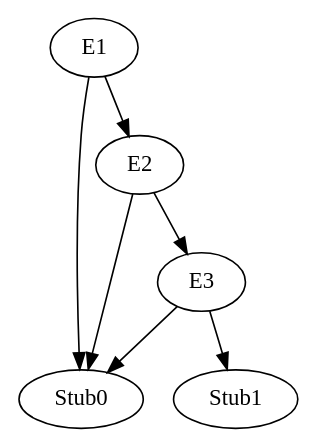
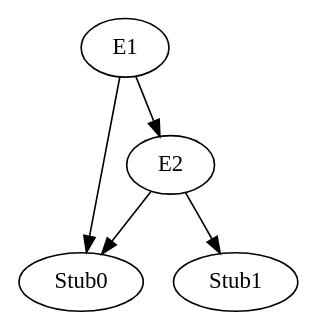
Before and after one commit to Logggee/BetriebssicherheitPraktikum: the diagram in Aufgabe3/result2.gv, drawn with Graphviz. The commit also changed 2 other files, not shown here.

```diff
--- a/Aufgabe3/result2.gv
+++ b/Aufgabe3/result2.gv
@@ -1,9 +1,7 @@
 digraph "Graph" {
 	graph [splines=spline]
 	E1 -> Stub0
 	E1 -> E2
 	E2 -> Stub0
-	E2 -> E3
-	E3 -> Stub0
-	E3 -> Stub1
+	E2 -> Stub1
 }
```
